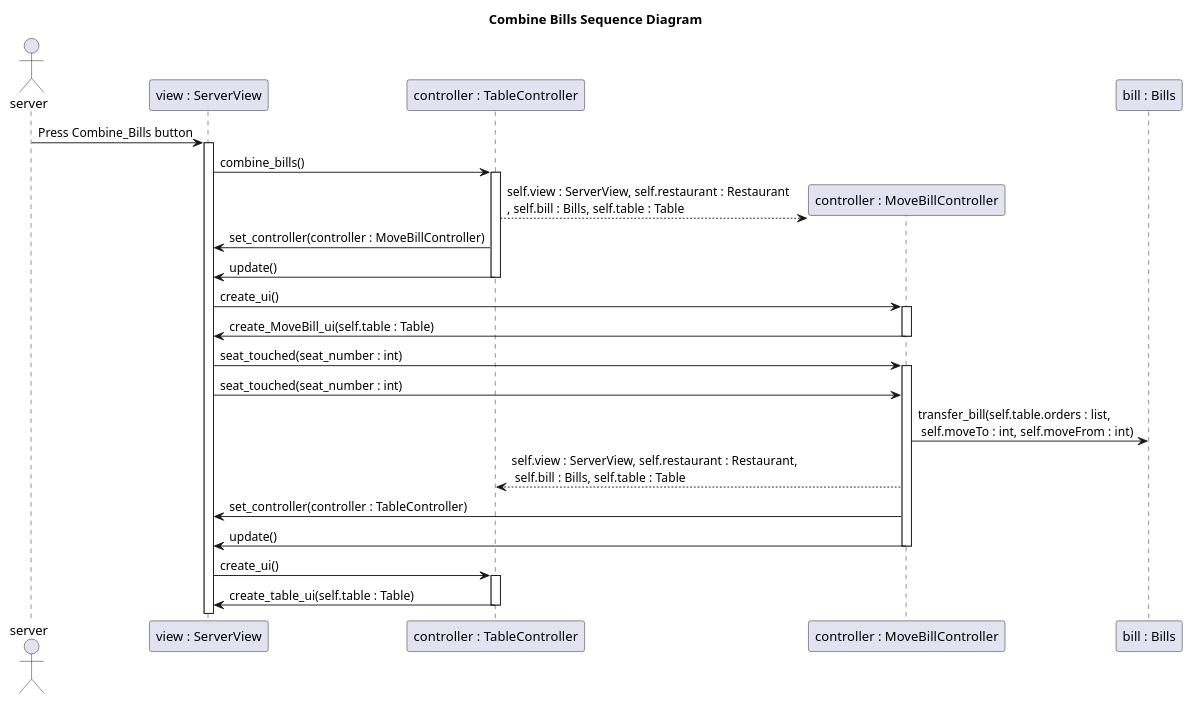
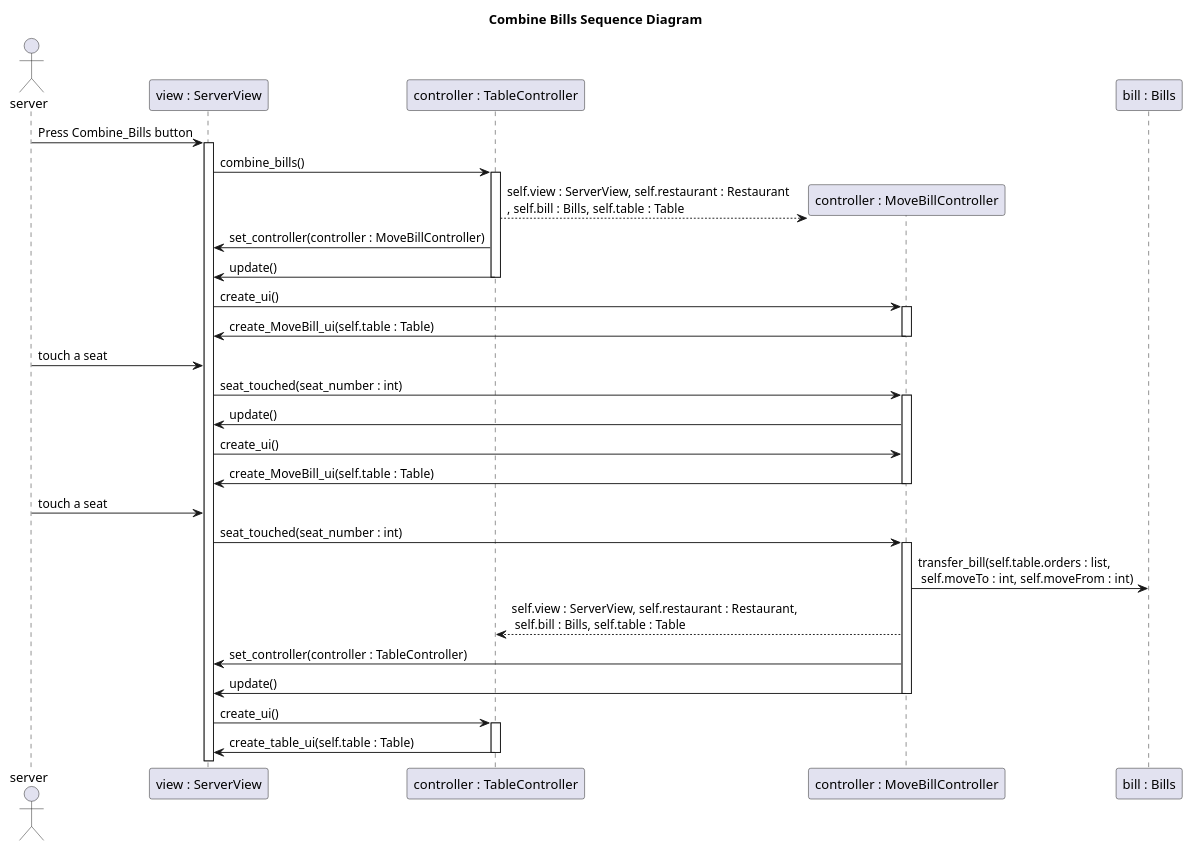
The diagram in project/Combine_Bills.puml (AaronBrown1229/EEE320-Lab5), drawn with PlantUML before and after one commit. The commit also changed 4 other files, not shown here.

```diff
--- a/project/Combine_Bills.puml
+++ b/project/Combine_Bills.puml
@@ -1,38 +1,47 @@
 @startuml
 title Combine Bills Sequence Diagram
 
 actor server
 server -> "view : ServerView": Press Combine_Bills button
 activate "view : ServerView"
 
 "view : ServerView" -> "controller : TableController": combine_bills()
 activate "controller : TableController"
 
 "controller : TableController" --> "controller : MoveBillController" **: self.view : ServerView, self.restaurant : Restaurant \n, self.bill : Bills, self.table : Table
 "controller : TableController" -> "view : ServerView": set_controller(controller : MoveBillController)
 "controller : TableController" -> "view : ServerView": update()
 deactivate "controller : TableController"
 
 "view : ServerView" -> "controller : MoveBillController": create_ui()
 activate "controller : MoveBillController"
 "controller : MoveBillController" -> "view : ServerView": create_MoveBill_ui(self.table : Table)
 deactivate "controller : MoveBillController"
 
+server -> "view : ServerView": touch a seat
 "view : ServerView" -> "controller : MoveBillController": seat_touched(seat_number : int)
 activate "controller : MoveBillController"
+"controller : MoveBillController" -> "view : ServerView": update()
+"view : ServerView" -> "controller : MoveBillController": create_ui()
+"controller : MoveBillController" -> "view : ServerView": create_MoveBill_ui(self.table : Table)
+deactivate "controller : MoveBillController"
+
+
+server -> "view : ServerView": touch a seat
 "view : ServerView" -> "controller : MoveBillController": seat_touched(seat_number : int)
+activate "controller : MoveBillController"
 
 "controller : MoveBillController" -> "bill : Bills": transfer_bill(self.table.orders : list, \n self.moveTo : int, self.moveFrom : int)
 "controller : MoveBillController" --> "controller : TableController" : self.view : ServerView, self.restaurant : Restaurant, \n self.bill : Bills, self.table : Table
 "controller : MoveBillController" -> "view : ServerView": set_controller(controller : TableController)
 
 
 "controller : MoveBillController" -> "view : ServerView": update()
 deactivate "controller : MoveBillController"
 
 "view : ServerView" -> "controller : TableController": create_ui()
 activate "controller : TableController"
 "controller : TableController" -> "view : ServerView": create_table_ui(self.table : Table)
 deactivate "controller : TableController"
 
 @enduml
```
